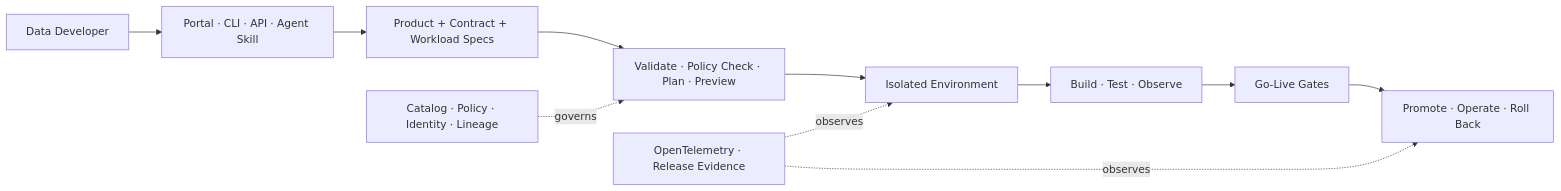
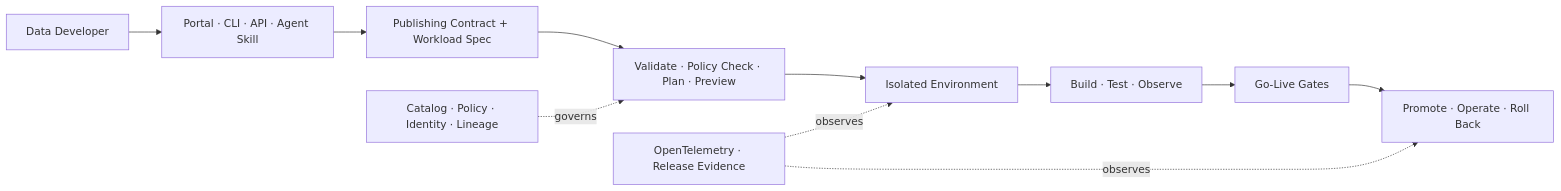
The diagram in docs/architecture/data-product-developer-experience.md (cong78/data-foundation-architecture), drawn with Mermaid before and after one commit. The commit also changed other lines of this file and 37 other files, not shown here.

````diff
--- a/docs/architecture/data-product-developer-experience.md
+++ b/docs/architecture/data-product-developer-experience.md
@@ -7,14 +7,14 @@
 ```mermaid
 flowchart LR
     DEV["Data Developer"] --> CHANNEL["Portal · CLI · API · Agent Skill"]
-    CHANNEL --> SPEC["Product + Contract + Workload Specs"]
+    CHANNEL --> SPEC["Publishing Contract + Workload Spec"]
     SPEC --> PLAN["Validate · Policy Check · Plan · Preview"]
     PLAN --> ENV["Isolated Environment"]
     ENV --> TEST["Build · Test · Observe"]
     TEST --> GATE["Go-Live Gates"]
     GATE --> RELEASE["Promote · Operate · Roll Back"]
 
     CTRL["Catalog · Policy · Identity · Lineage"] -. governs .-> PLAN
     OTEL["OpenTelemetry · Release Evidence"] -. observes .-> ENV
     OTEL -. observes .-> RELEASE
 ```
````
